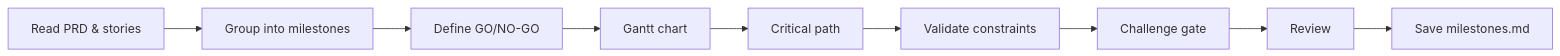
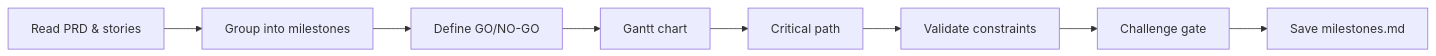
One commit to ai-driven-dev/framework changed the diagram in skills/architecture-milestones/SKILL.md. Above: the diagram before and after it, drawn with Mermaid. The commit also changed other lines of this file and 32 other files, not shown here.

First line of the commit message:
refactor: simplify agents, enforce template adherence, align flows with courses

````diff
--- a/skills/architecture-milestones/SKILL.md
+++ b/skills/architecture-milestones/SKILL.md
@@ -32,4 +32,4 @@
 ```mermaid
 flowchart LR
-    A[Read PRD & stories] --> B[Group into milestones] --> C[Define GO/NO-GO] --> D[Gantt chart] --> E[Critical path] --> F[Validate constraints] --> G[Challenge gate] --> H[Review] --> I[Save milestones.md]
+    A[Read PRD & stories] --> B[Group into milestones] --> C[Define GO/NO-GO] --> D[Gantt chart] --> E[Critical path] --> F[Validate constraints] --> G[Challenge gate] --> H[Save milestones.md]
 ```
````
